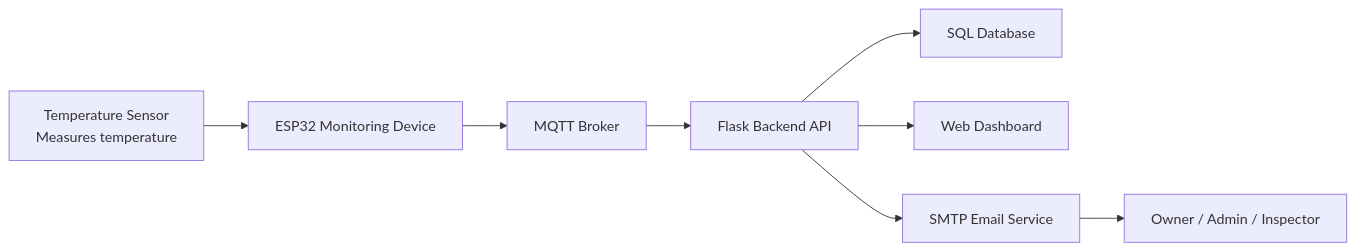
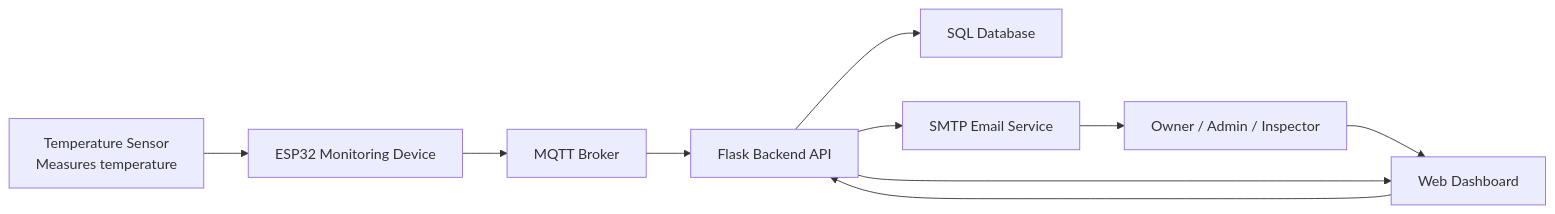
One commit to rabea14180-max/Portfolio-Project changed the first of 2 diagrams in Stage 3/4. Document External and Internal APIs/API Documentation.md. Above: the diagram before and after it, drawn with Mermaid. The commit also changed other lines of this file, not shown here.

First line of the commit message:
Revise API documentation for clarity and completeness

````diff
--- a/Stage 3/4. Document External and Internal APIs/API Documentation.md
+++ b/Stage 3/4. Document External and Internal APIs/API Documentation.md
@@ -19,19 +20,21 @@
 ```mermaid
 flowchart LR
     Sensor["Temperature Sensor<br/>Measures temperature"]
     ESP32["ESP32 Monitoring Device"]
     MQTT["MQTT Broker"]
     API["Flask Backend API"]
     DB["SQL Database"]
     Dashboard["Web Dashboard"]
     Email["SMTP Email Service"]
     Users["Owner / Admin / Inspector"]
 
+    Users --> Dashboard
+    Dashboard --> API
     Sensor --> ESP32
     ESP32 --> MQTT
     MQTT --> API
     API --> DB
     API --> Dashboard
     API --> Email
     Email --> Users
 ```
````
